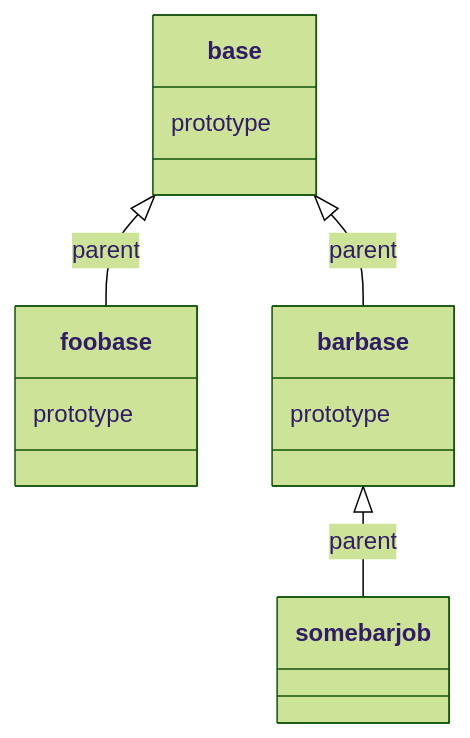
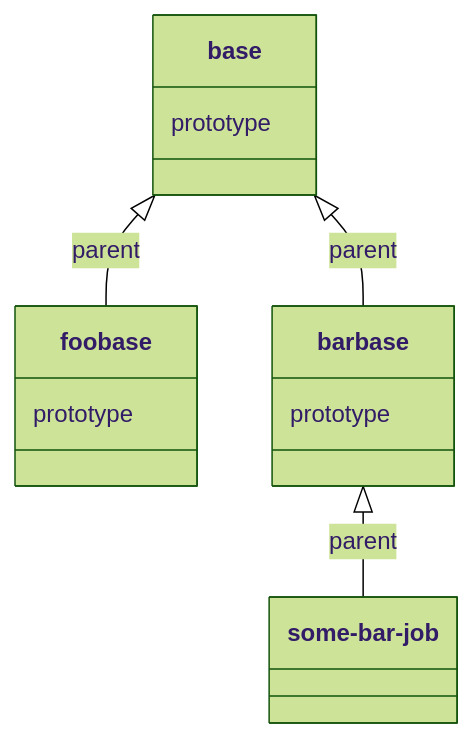
The diagram in content/en/docs/data-conversion/converter-apps/converter-app-config.md (statisticsnorway/dapla-dev), drawn with Mermaid (forest theme) before and after one commit. The commit also changed other lines of this file, not shown here.

Commit message:
Update example job name

````diff
--- a/content/en/docs/data-conversion/converter-apps/converter-app-config.md
+++ b/content/en/docs/data-conversion/converter-apps/converter-app-config.md
@@ -384,9 +384,9 @@
 ```mermaid
 classDiagram
 base <|-- foobase : parent
 base <|-- barbase : parent
-barbase <|-- somebarjob : parent
+barbase <|-- some-bar-job : parent
 base : prototype
 foobase : prototype
 barbase : prototype
 ```
````
